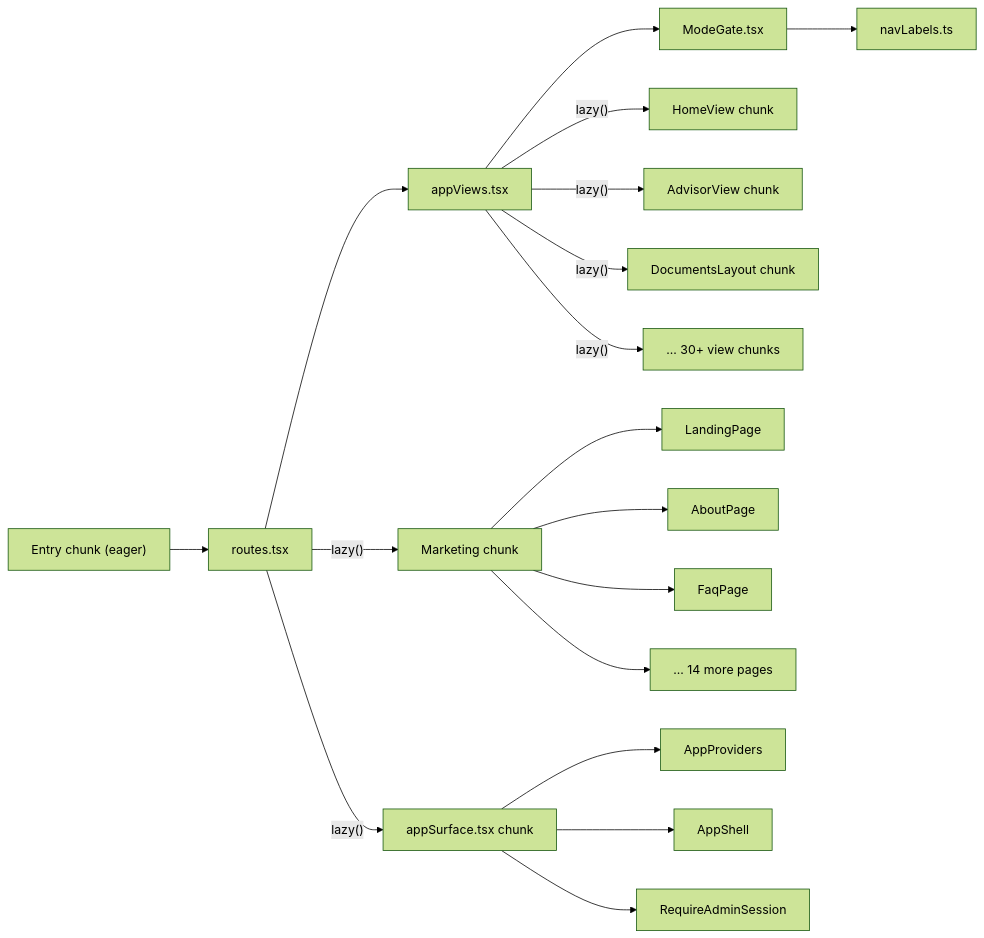
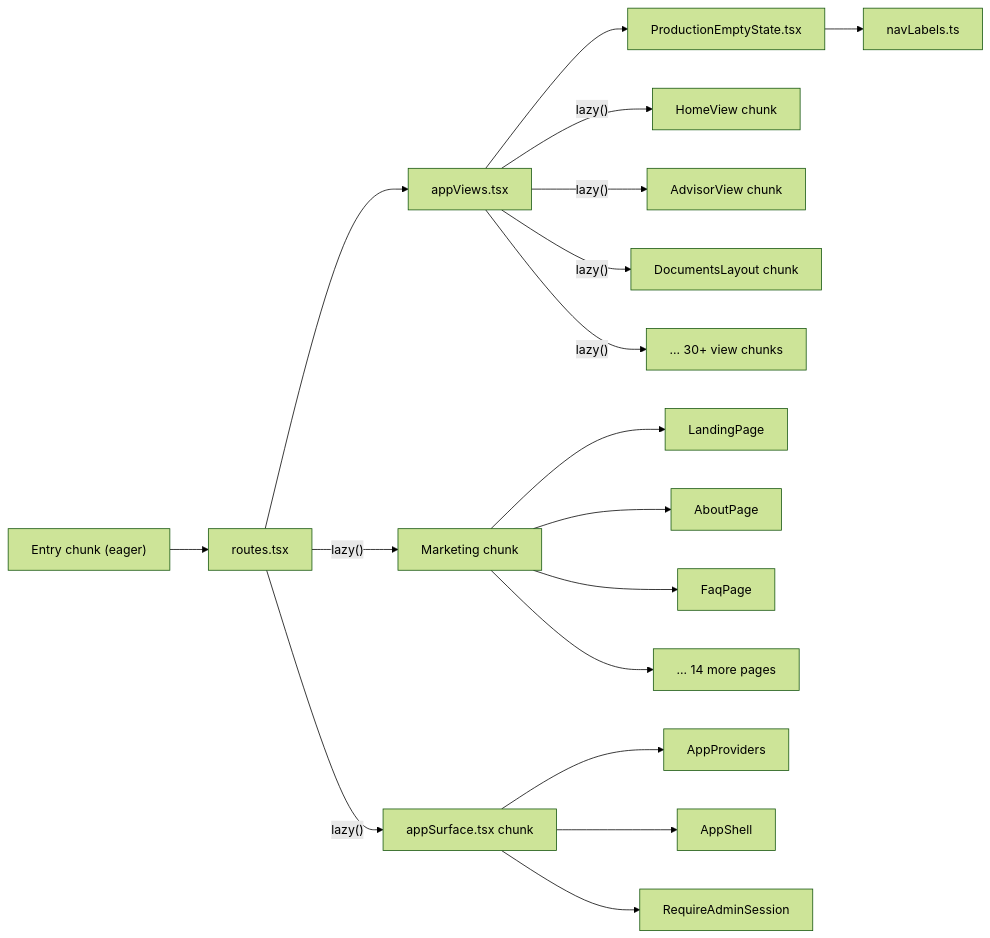
Before and after one commit to Dutiva-Canada/Dutiva_Web: the second of 4 diagrams in docs/wiki/Routing-Code-Splitting.md, drawn with Mermaid (forest theme). The commit also changed other lines of this file and 84 other files, not shown here.

````diff
--- a/docs/wiki/Routing-Code-Splitting.md
+++ b/docs/wiki/Routing-Code-Splitting.md
@@ -131,23 +131,23 @@
 ```mermaid
 graph LR
     Entry["Entry chunk (eager)"] --> Router["routes.tsx"]
     Router --> AppViewsFile["appViews.tsx"]
-    AppViewsFile --> MGate["ModeGate.tsx"]
-    MGate --> NavLabels["navLabels.ts"]
+    AppViewsFile --> ProdEmpty["ProductionEmptyState.tsx"]
+    ProdEmpty --> NavLabels["navLabels.ts"]
 
     Router -->|"lazy()"| MktChunk["Marketing chunk"]
     MktChunk --> LP["LandingPage"]
     MktChunk --> AP["AboutPage"]
     MktChunk --> FP["FaqPage"]
     MktChunk --> MoreMkt["... 14 more pages"]
 
     Router -->|"lazy()"| AppChunk["appSurface.tsx chunk"]
     AppChunk --> AppProviders["AppProviders"]
     AppChunk --> AppShellComp["AppShell"]
     AppChunk --> ReqAdmin["RequireAdminSession"]
 
     AppViewsFile -->|"lazy()"| HomeChunk["HomeView chunk"]
     AppViewsFile -->|"lazy()"| AdvisorChunk["AdvisorView chunk"]
     AppViewsFile -->|"lazy()"| DocChunk["DocumentsLayout chunk"]
     AppViewsFile -->|"lazy()"| MoreChunks["... 30+ view chunks"]
 ```
````
